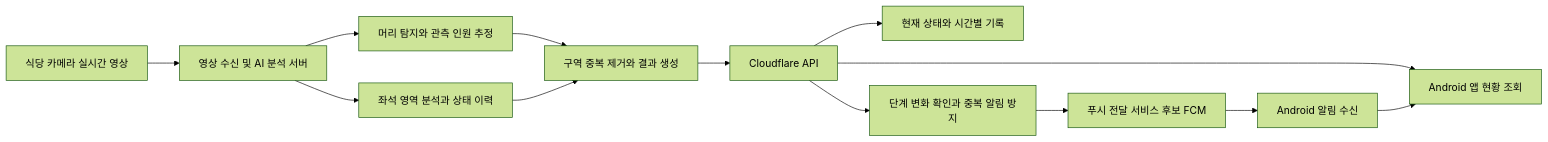
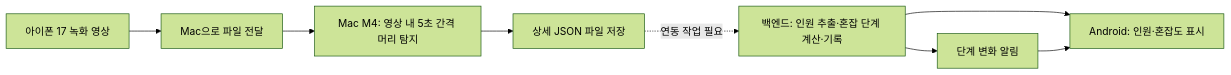
The diagram in README.md (rnxodnd/campus_pulse), drawn with Mermaid (forest theme) before and after one commit. The commit also changed other lines of this file and 20 other files, not shown here.

````diff
--- a/README.md
+++ b/README.md
@@ -160,15 +35,10 @@
 ```mermaid
 flowchart LR
-    A[식당 카메라 실시간 영상] --> B[영상 수신 및 AI 분석 서버]
-    B --> C[머리 탐지와 관측 인원 추정]
-    B --> D[좌석 영역 분석과 상태 이력]
-    C --> E[구역 중복 제거와 결과 생성]
-    D --> E
-    E --> F[Cloudflare API]
-    F --> G[현재 상태와 시간별 기록]
-    F --> H[Android 앱 현황 조회]
-    F --> I[단계 변화 확인과 중복 알림 방지]
-    I --> J[푸시 전달 서비스 후보 FCM]
-    J --> K[Android 알림 수신]
-    K --> H
+    A[아이폰 17 녹화 영상] --> B[Mac으로 파일 전달]
+    B --> C[Mac M4: 영상 내 5초 간격 머리 탐지]
+    C --> D[상세 JSON 파일 저장]
+    D -. 연동 작업 필요 .-> E[백엔드: 인원 추출·혼잡 단계 계산·기록]
+    E --> F[Android: 인원·혼잡도 표시]
+    E --> G[단계 변화 알림]
+    G --> F
 ```
````
